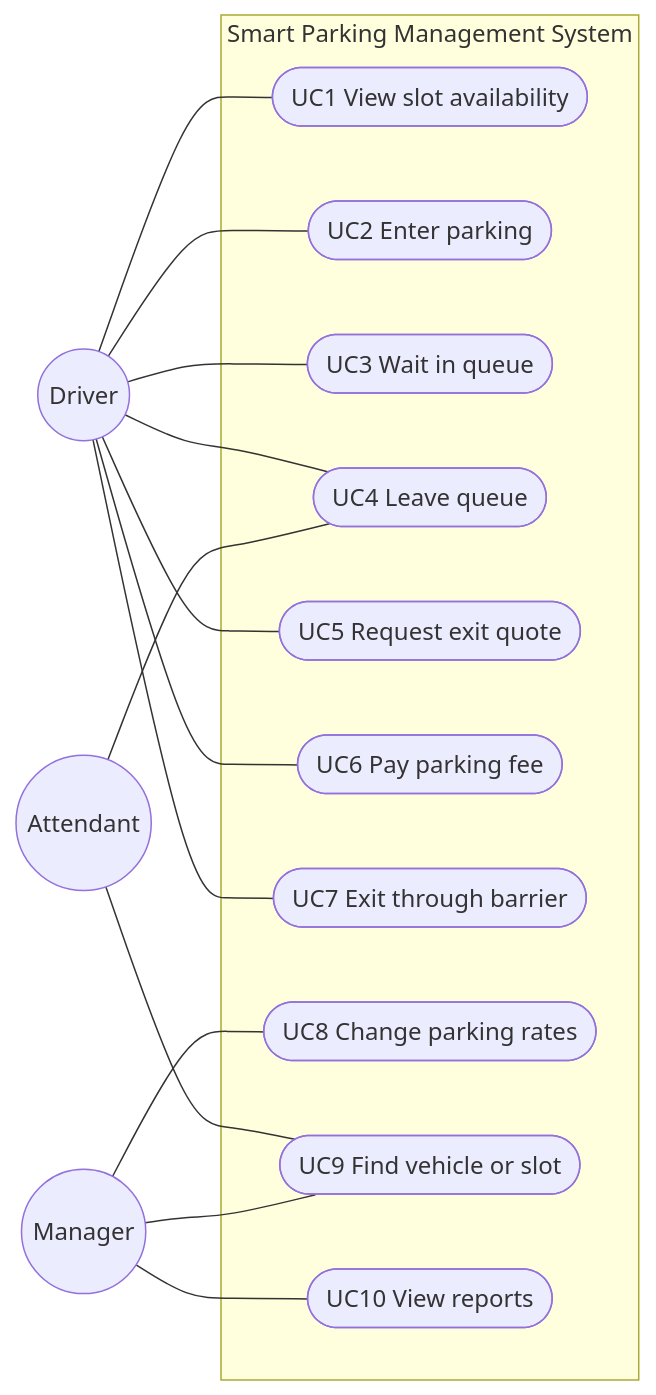
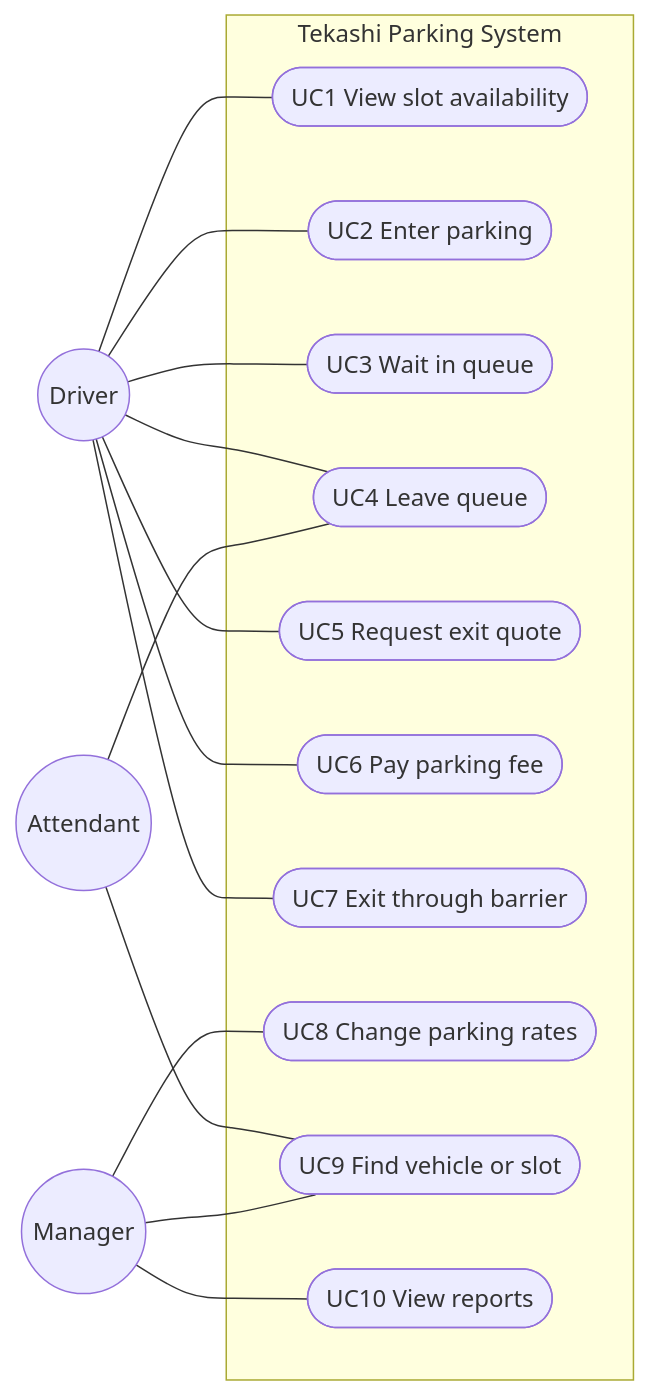
One commit to gitau254-m/tekashi-parking-system changed the first of 3 diagrams in docs/design.md. Above: the diagram before and after it, drawn with Mermaid. The commit also changed other lines of this file and 13 other files, not shown here.

````diff
--- a/docs/design.md
+++ b/docs/design.md
@@ -119,32 +135,32 @@
 ```mermaid
 flowchart LR
     Driver((Driver))
     Attendant((Attendant))
     Manager((Manager))
 
-    subgraph SYS[Smart Parking Management System]
+    subgraph SYS[Tekashi Parking System]
         UC1([UC1 View slot availability])
         UC2([UC2 Enter parking])
         UC3([UC3 Wait in queue])
         UC4([UC4 Leave queue])
         UC5([UC5 Request exit quote])
         UC6([UC6 Pay parking fee])
         UC7([UC7 Exit through barrier])
         UC8([UC8 Change parking rates])
         UC9([UC9 Find vehicle or slot])
         UC10([UC10 View reports])
     end
 
     Driver --- UC1
     Driver --- UC2
     Driver --- UC3
     Driver --- UC4
     Driver --- UC5
     Driver --- UC6
     Driver --- UC7
     Attendant --- UC4
     Attendant --- UC9
     Manager --- UC8
     Manager --- UC9
     Manager --- UC10
 ```
````
